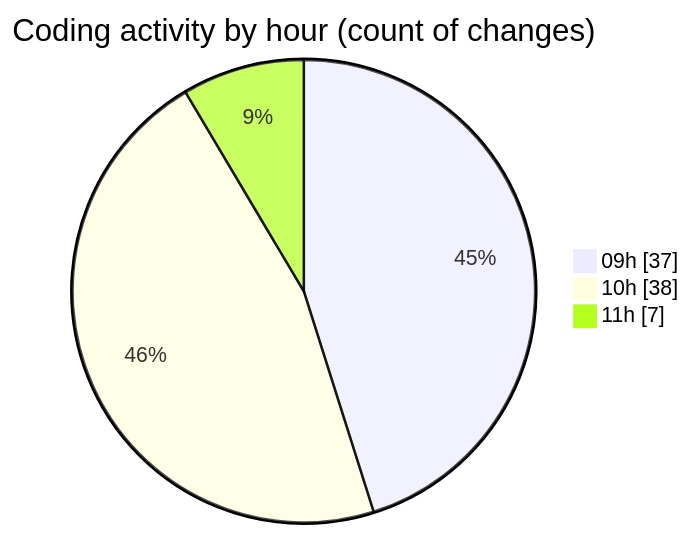
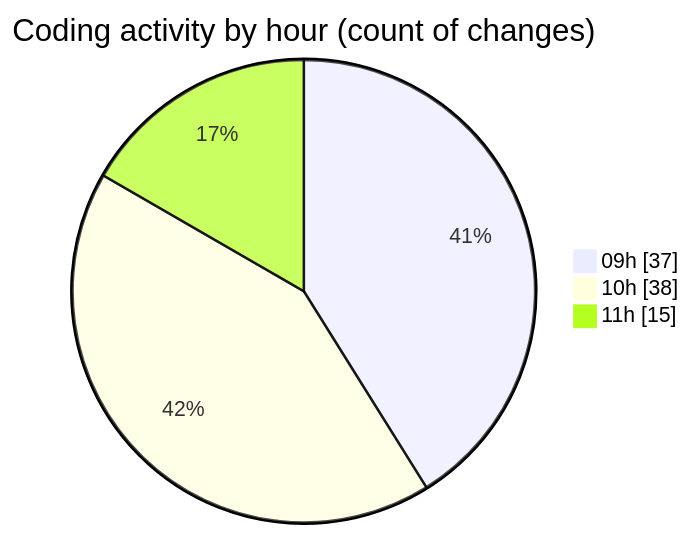
Before and after one commit to momahboobian/code-tracking: the second of 2 diagrams in 2025-02-12/cda/README.md, drawn with Mermaid. The commit also changed other lines of this file and 1 other file, not shown here.

````diff
--- a/2025-02-12/cda/README.md
+++ b/2025-02-12/cda/README.md
@@ -29,7 +32,7 @@
 ```mermaid
 pie showData
 title Coding activity by hour (count of changes)
 "09h" : 37
 "10h" : 38
-"11h" : 7
+"11h" : 15
 ```
````
